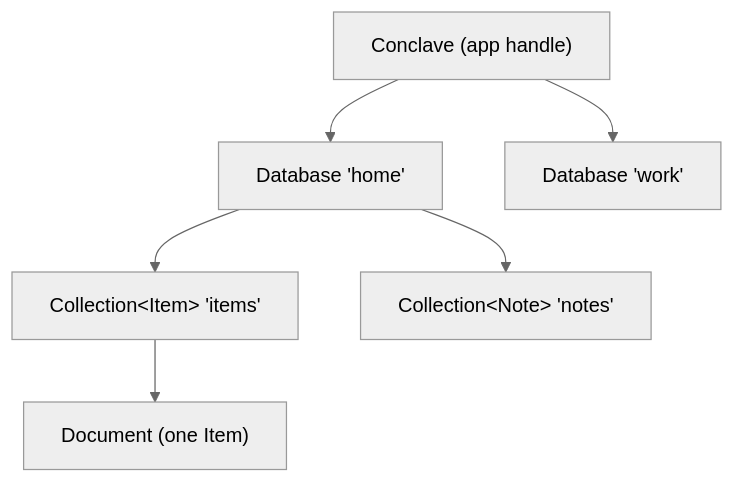
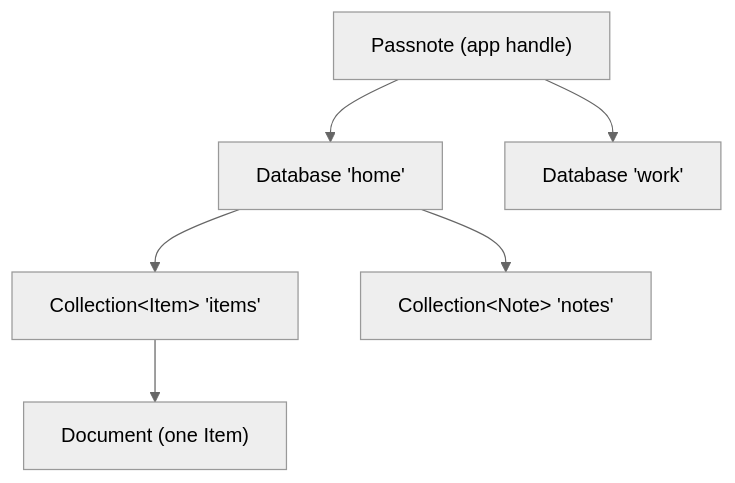
The diagram in docs/concepts/data-model.md (nodsoftware/passnote), drawn with Mermaid (neutral theme) before and after one commit. The commit also changed other lines of this file and 355 other files, not shown here.

Commit message:
🚚 Rename the project from Conclave to Passnote.

````diff
--- a/docs/concepts/data-model.md
+++ b/docs/concepts/data-model.md
@@ -13,8 +13,8 @@
 ```mermaid
 flowchart TD
-  Conclave["Conclave (app handle)"] --> DB1["Database 'home'"]
-  Conclave --> DB2["Database 'work'"]
+  Passnote["Passnote (app handle)"] --> DB1["Database 'home'"]
+  Passnote --> DB2["Database 'work'"]
   DB1 --> C1["Collection&lt;Item&gt; 'items'"]
   DB1 --> C2["Collection&lt;Note&gt; 'notes'"]
   C1 --> D1["Document (one Item)"]
 ```
````
